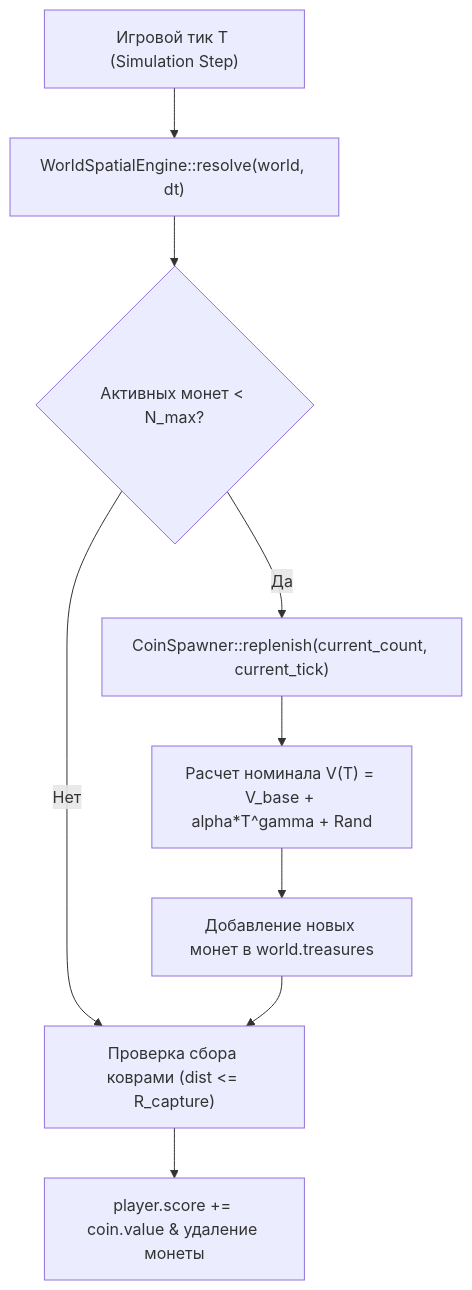
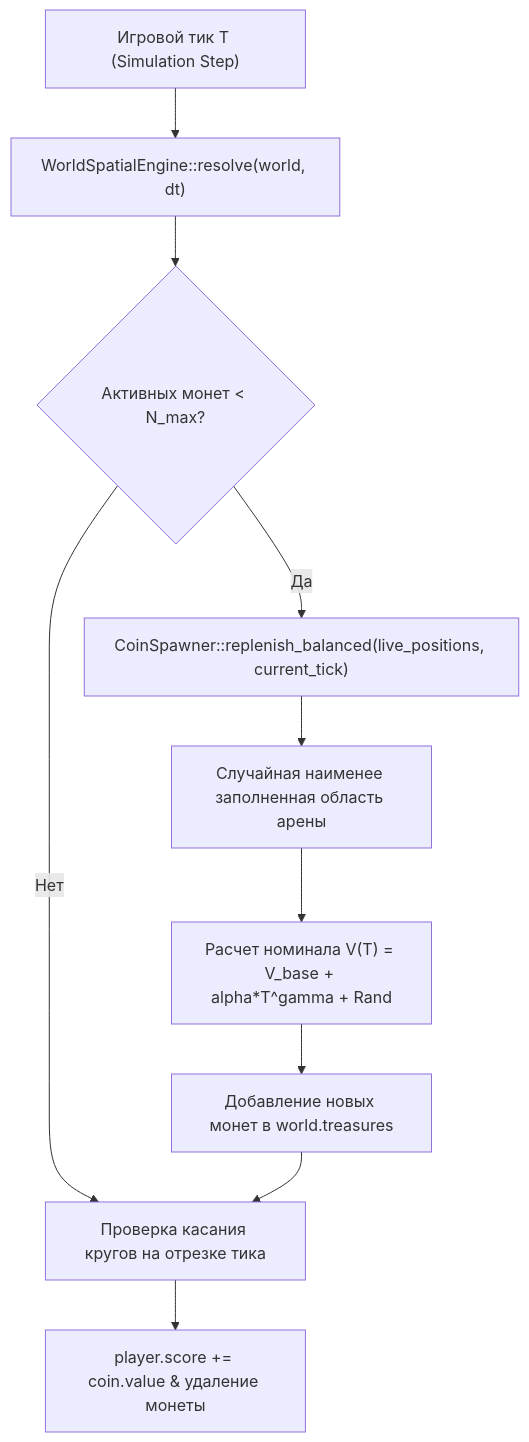
The diagram in docs/features/FE-009-progressive-coin-spawner.md (bytadaniel/open-datsmagic), drawn with Mermaid before and after one commit. The commit also changed other lines of this file and 140 other files, not shown here.

````diff
--- a/docs/features/FE-009-progressive-coin-spawner.md
+++ b/docs/features/FE-009-progressive-coin-spawner.md
@@ -39,11 +39,12 @@
 ```mermaid
 flowchart TD
     Tick["Игровой тик T (Simulation Step)"] --> Resolve["WorldSpatialEngine::resolve(world, dt)"]
     Resolve --> CheckQuota{"Активных монет < N_max?"}
-    CheckQuota -- Да --> Spawner["CoinSpawner::replenish(current_count, current_tick)"]
-    CheckQuota -- Нет --> Captures["Проверка сбора коврами (dist <= R_capture)"]
-    Spawner --> Formula["Расчет номинала V(T) = V_base + alpha*T^gamma + Rand"]
+    CheckQuota -- Да --> Spawner["CoinSpawner::replenish_balanced(live_positions, current_tick)"]
+    CheckQuota -- Нет --> Captures["Проверка касания кругов на отрезке тика"]
+    Spawner --> Region["Случайная наименее заполненная область арены"]
+    Region --> Formula["Расчет номинала V(T) = V_base + alpha*T^gamma + Rand"]
     Formula --> AddWorld["Добавление новых монет в world.treasures"]
     AddWorld --> Captures
     Captures --> Score["player.score += coin.value & удаление монеты"]
 ```
````
